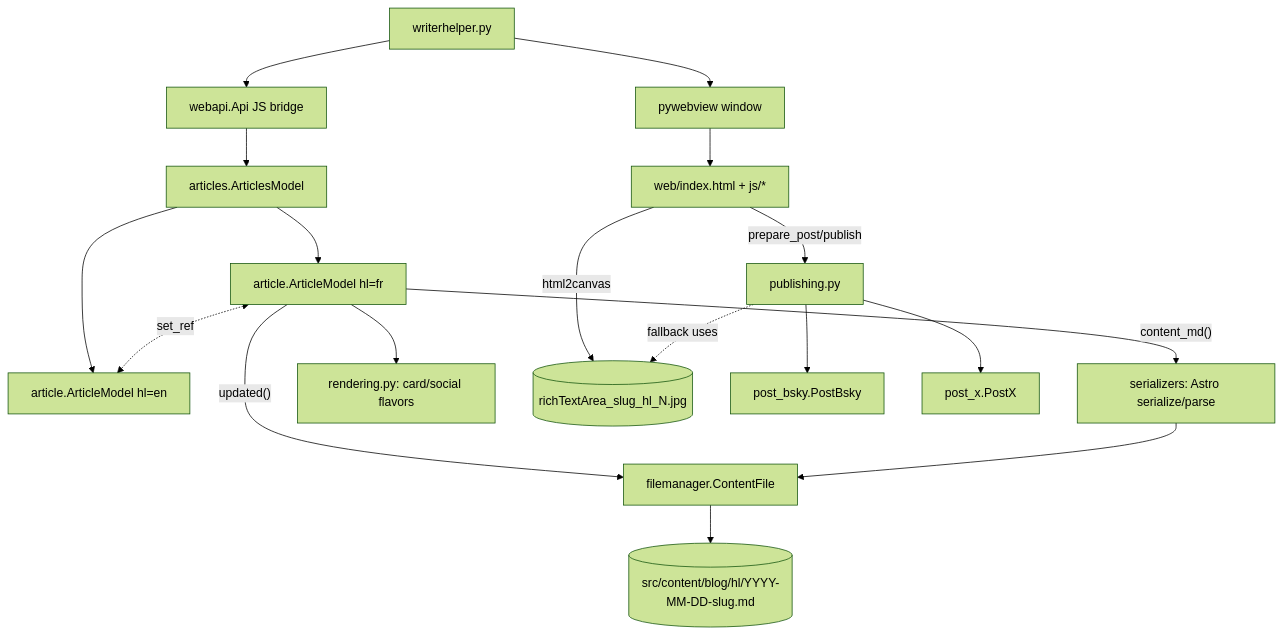
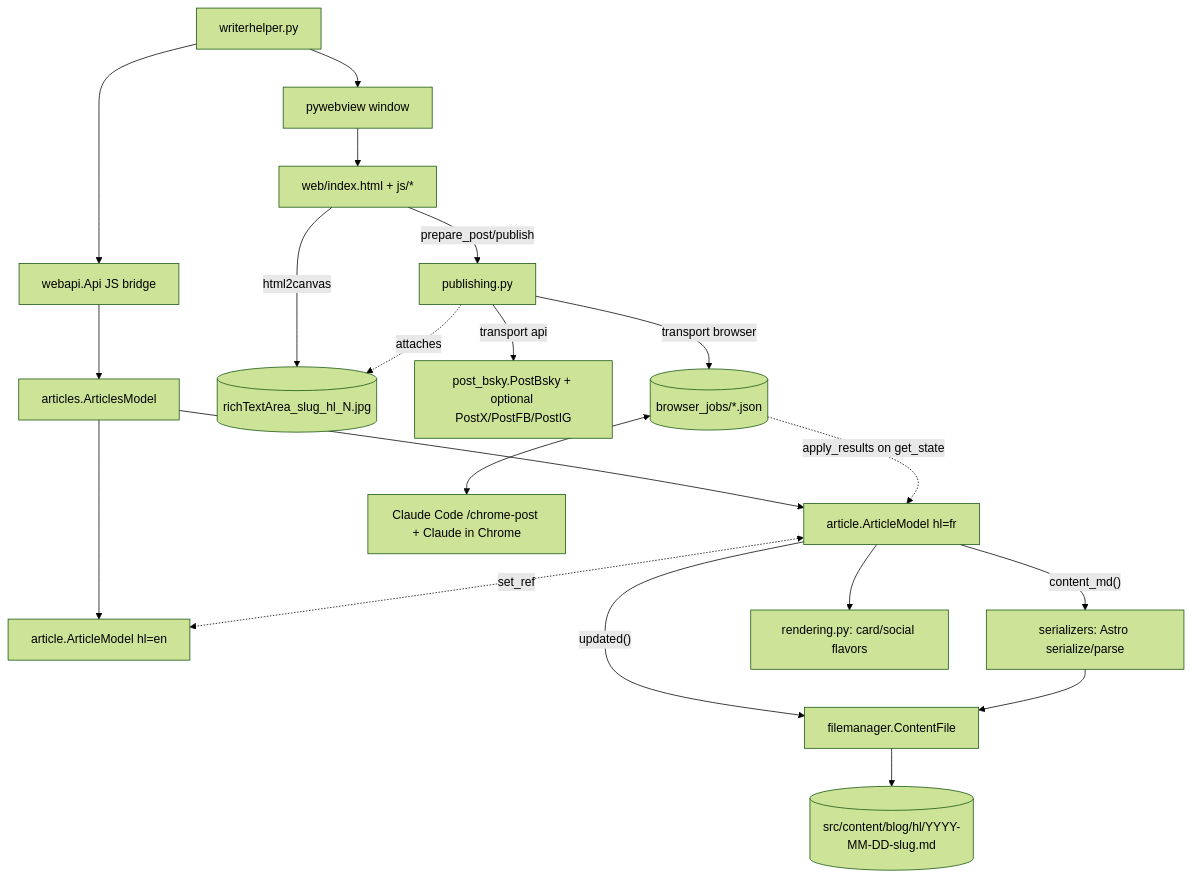
One commit to MartinGamsby/WriterHelper changed the diagram in wiki/overview.md. Above: the diagram before and after it, drawn with Mermaid (forest theme). The commit also changed other lines of this file and 45 other files, not shown here.

````diff
--- a/wiki/overview.md
+++ b/wiki/overview.md
@@ -26,20 +28,22 @@
 ```mermaid
 graph TD
     EP[writerhelper.py] --> WV[pywebview window]
     EP --> API[webapi.Api JS bridge]
     WV --> WEB[web/index.html + js/*]
     API --> ASM[articles.ArticlesModel]
     ASM --> FR[article.ArticleModel hl=fr]
     ASM --> EN[article.ArticleModel hl=en]
     FR <-. set_ref .-> EN
     FR -- updated() --> CF[filemanager.ContentFile]
     FR -- content_md() --> SER[serializers: Astro serialize/parse]
     SER --> CF
     CF --> POSTS[(src/content/blog/hl/YYYY-MM-DD-slug.md)]
     FR --> REND[rendering.py: card/social flavors]
     WEB -- html2canvas --> PNG[(richTextArea_slug_hl_N.jpg)]
     WEB -- prepare_post/publish --> PUB[publishing.py]
-    PUB --> PB[post_bsky.PostBsky]
-    PUB --> PX[post_x.PostX]
-    PUB -. fallback uses .-> PNG
+    PUB -- transport api --> PB[post_bsky.PostBsky + optional PostX/PostFB/PostIG]
+    PUB -- transport browser --> JOBS[(browser_jobs/*.json)]
+    JOBS <--> CC[Claude Code /chrome-post + Claude in Chrome]
+    JOBS -. apply_results on get_state .-> FR
+    PUB -. attaches .-> PNG
 ```
````
